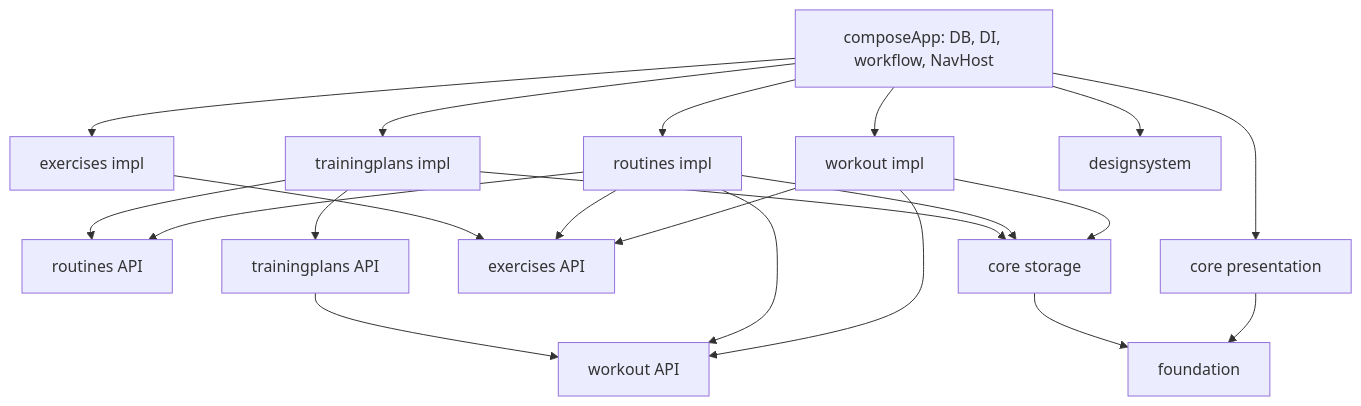
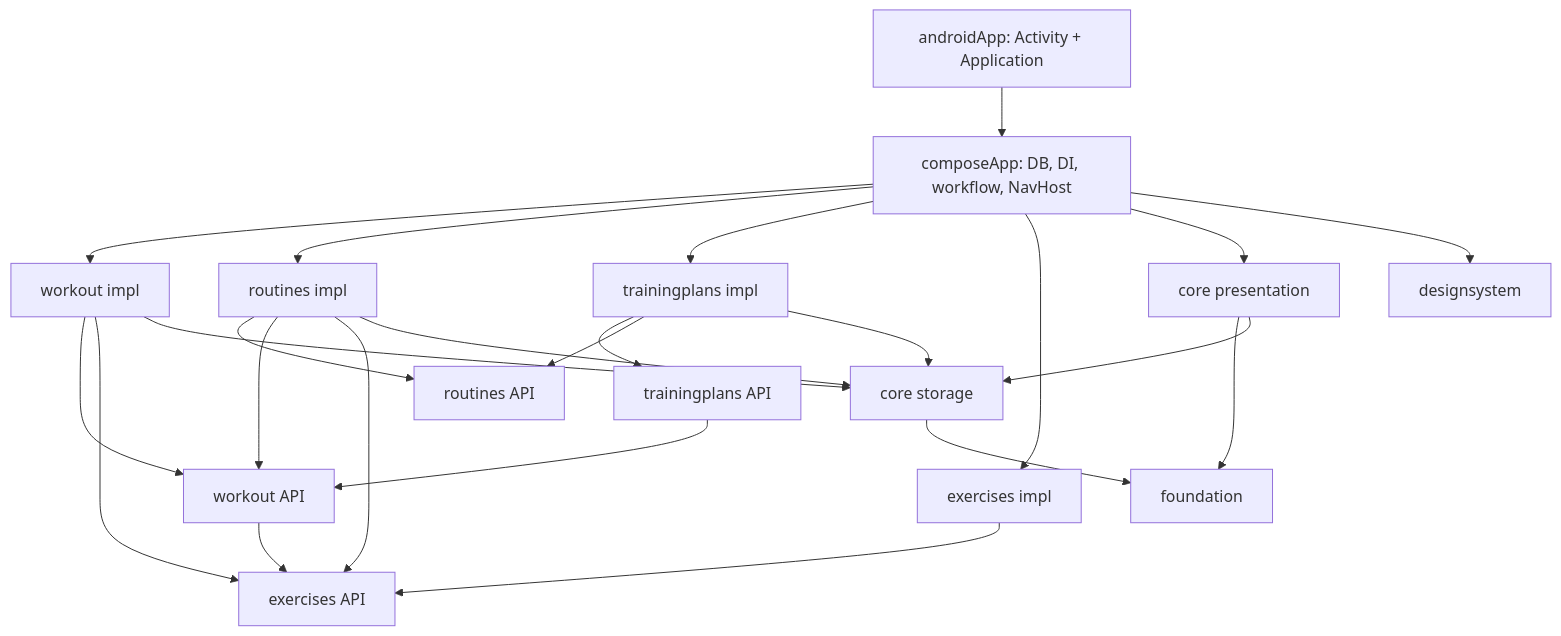
Before and after one commit to Yhdista/ContentApp: the diagram in docs/architecture.md, drawn with Mermaid. The commit also changed other lines of this file and 17 other files, not shown here.

Commit message:
docs: describe hardened atomic architecture and MVI contracts

````diff
--- a/docs/architecture.md
+++ b/docs/architecture.md
@@ -7,23 +7,26 @@
 ```mermaid
 flowchart TD
-    App[composeApp: DB, DI, workflow, NavHost] --> W[workout impl]
+    Android[androidApp: Activity + Application] --> App[composeApp: DB, DI, workflow, NavHost]
+    App --> W[workout impl]
     App --> R[routines impl]
     App --> P[trainingplans impl]
     App --> C[exercises impl]
     W --> WA[workout API]
     R --> RA[routines API]
     P --> PA[trainingplans API]
     P --> RA
     R --> WA
     PA --> WA
     W --> CA[exercises API]
+    WA --> CA
     R --> CA
     C --> CA
     W --> Storage[core storage]
     R --> Storage
     P --> Storage
     App --> Presentation[core presentation]
     Presentation --> Foundation[foundation]
+    Presentation --> Storage
     Storage --> Foundation
     App --> Design[designsystem]
 ```
````
